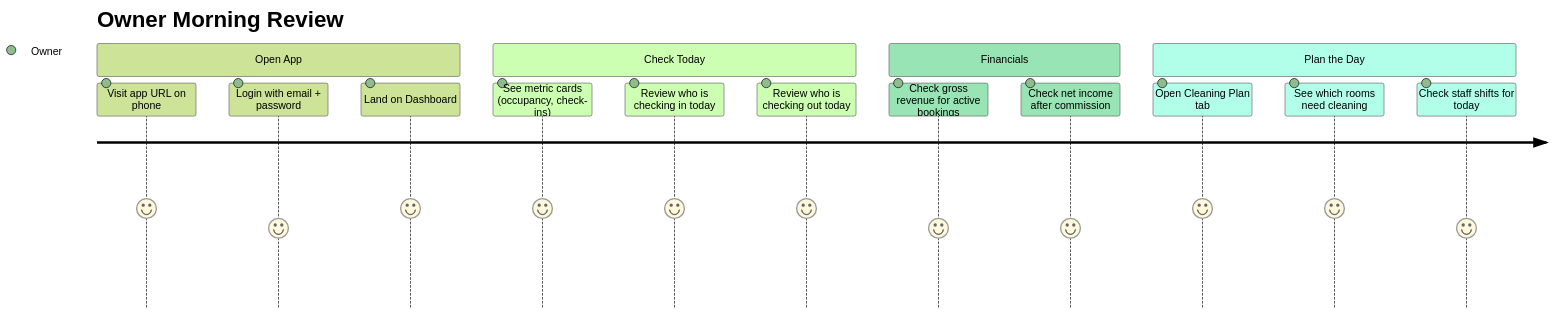
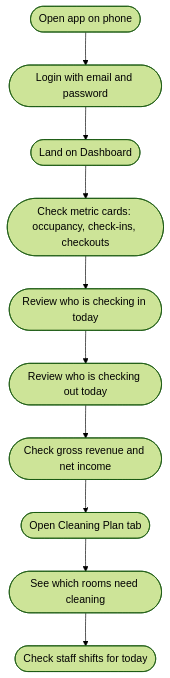
One commit to wongjinar-ai/expample changed the ninth of 13 diagrams in PLANNING.md. Above: the diagram before and after it, drawn with Mermaid (forest theme). The commit also changed other lines of this file, not shown here.

Commit message:
Fix Mermaid diagram syntax for broad renderer compatibility

````diff
--- a/PLANNING.md
+++ b/PLANNING.md
@@ -401,19 +385,12 @@
 ```mermaid
-journey
-    title Owner Morning Review
-    section Open App
-      Visit app URL on phone: 5: Owner
-      Login with email + password: 4: Owner
-      Land on Dashboard: 5: Owner
-    section Check Today
-      See metric cards (occupancy, check-ins): 5: Owner
-      Review who is checking in today: 5: Owner
-      Review who is checking out today: 5: Owner
-    section Financials
-      Check gross revenue for active bookings: 4: Owner
-      Check net income after commission: 4: Owner
-    section Plan the Day
-      Open Cleaning Plan tab: 5: Owner
-      See which rooms need cleaning: 5: Owner
-      Check staff shifts for today: 4: Owner
+flowchart TD
+    A([Open app on phone]) --> B([Login with email and password])
+    B --> C([Land on Dashboard])
+    C --> D([Check metric cards: occupancy, check-ins, checkouts])
+    D --> E([Review who is checking in today])
+    E --> F([Review who is checking out today])
+    F --> G([Check gross revenue and net income])
+    G --> H([Open Cleaning Plan tab])
+    H --> I([See which rooms need cleaning])
+    I --> J([Check staff shifts for today])
 ```
````
